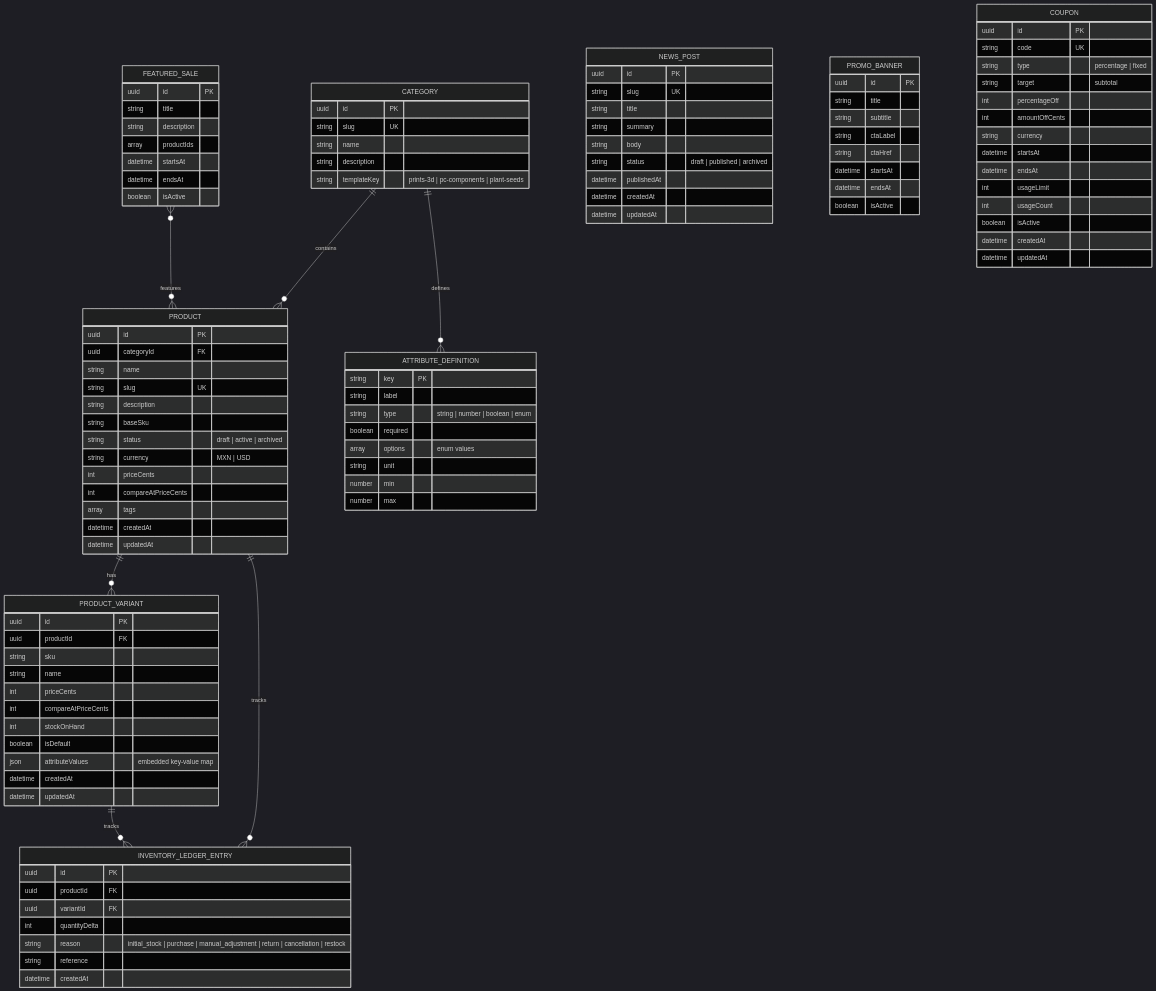
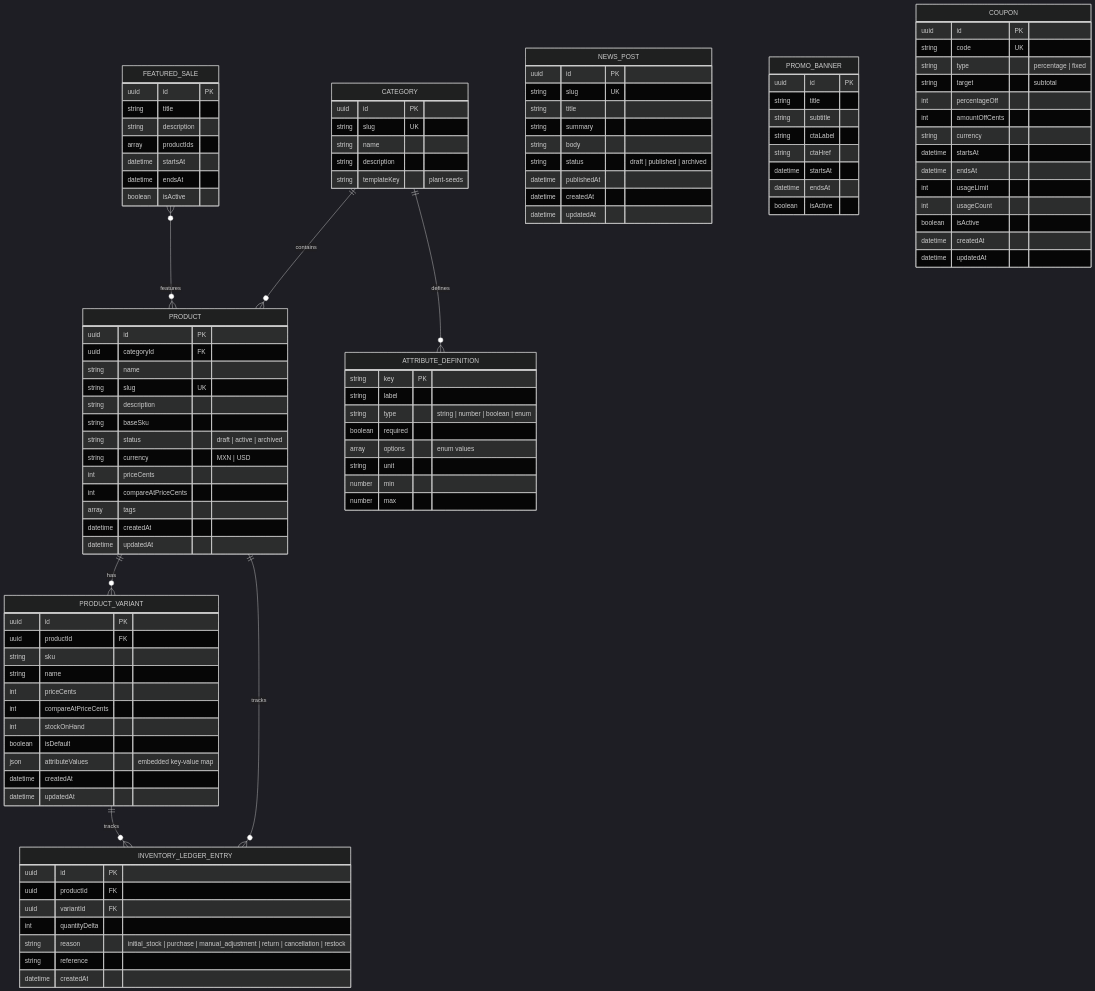
One commit to PabloOrtegaT/base-ecommerce changed the second of 2 diagrams in docs/erd/domain-model.md. Above: the diagram before and after it, drawn with Mermaid (dark theme). The commit also changed other lines of this file and 21 other files, not shown here.

```diff
--- a/docs/erd/domain-model.md
+++ b/docs/erd/domain-model.md
@@ -112,7 +112,7 @@
     string slug UK
     string name
     string description
-    string templateKey "prints-3d | pc-components | plant-seeds"
+    string templateKey "plant-seeds"
   }
   ATTRIBUTE_DEFINITION {
     string key PK
```
